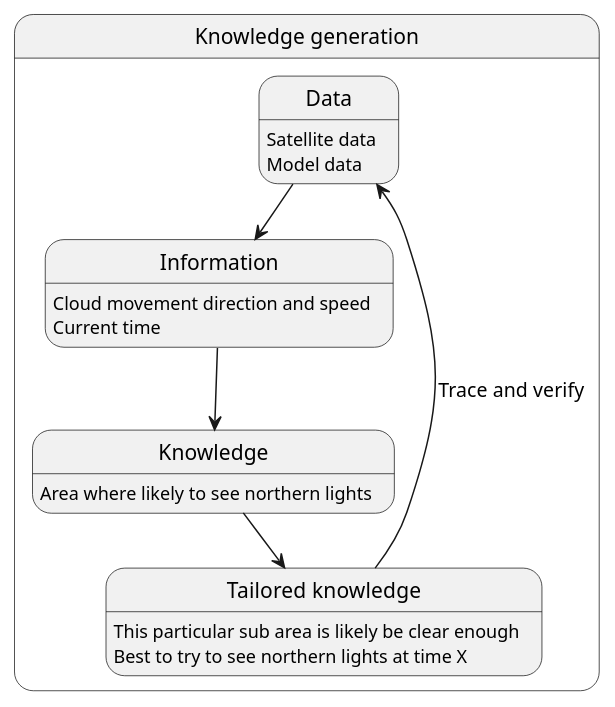
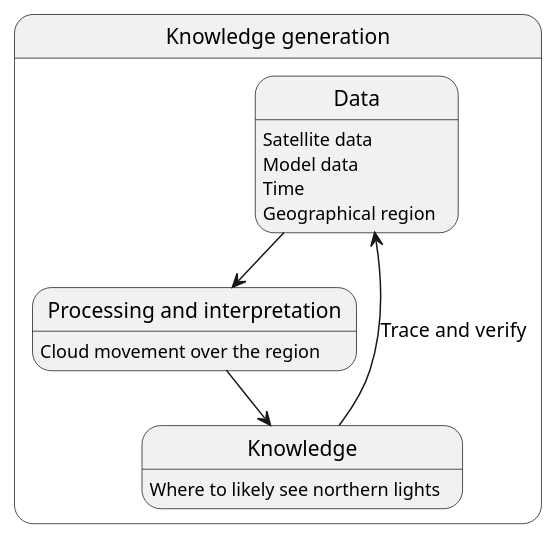
Before and after one commit to metno/S-ENDA-documentation: the diagram in source/information_to_knowledge_northern_lights.puml, drawn with PlantUML. The commit also changed 7 other files, not shown here.

```diff
--- a/source/information_to_knowledge_northern_lights.puml
+++ b/source/information_to_knowledge_northern_lights.puml
@@ -1,30 +1,26 @@
 @startuml
 
 state "Knowledge generation" as kg {
 
 state Data {
   Data : Satellite data
   Data : Model data
+  Data : Time 
+  Data : Geographical region
 }
 
-state Information {
-  Information : Cloud movement direction and speed
-  Information : Current time
+state "Processing and interpretation" as PI { 
+  PI : Cloud movement over the region
 }
 
 state Knowledge {
-  Knowledge : Area where likely to see northern lights
+  Knowledge : Where to likely see northern lights
 }
 
-state "Tailored knowledge" as tk {
-  tk : This particular sub area is likely be clear enough
-  tk : Best to try to see northern lights at time X
-}
 }
 
-Data --> Information
-Information --> Knowledge
-Knowledge --> tk
-tk --> Data : Trace and verify
+Data --> PI
+PI --> Knowledge
+Knowledge --> Data : Trace and verify
 
 @enduml
```
